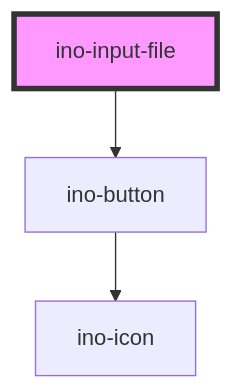
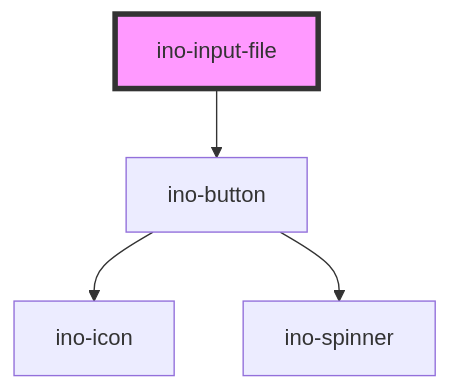
The diagram in packages/elements/src/components/ino-input-file/readme.md (inovex/elements), drawn with Mermaid before and after one commit. The commit also changed 8 other files, not shown here.

Commit message:
feat(elements|ino-button): add property ino-loading to display a loading spinner

````diff
--- a/packages/elements/src/components/ino-input-file/readme.md
+++ b/packages/elements/src/components/ino-input-file/readme.md
@@ -104,6 +104,7 @@
 ```mermaid
 graph TD;
   ino-input-file --> ino-button
   ino-button --> ino-icon
+  ino-button --> ino-spinner
   style ino-input-file fill:#f9f,stroke:#333,stroke-width:4px
 ```
````
